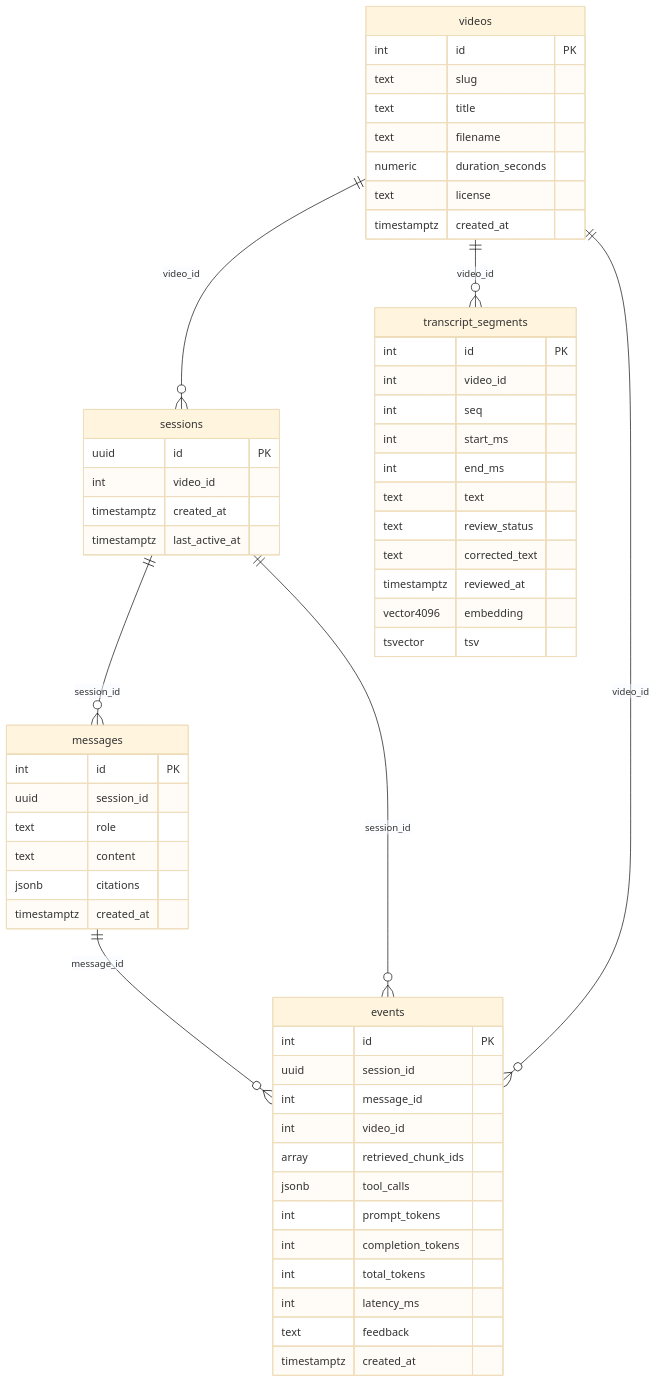
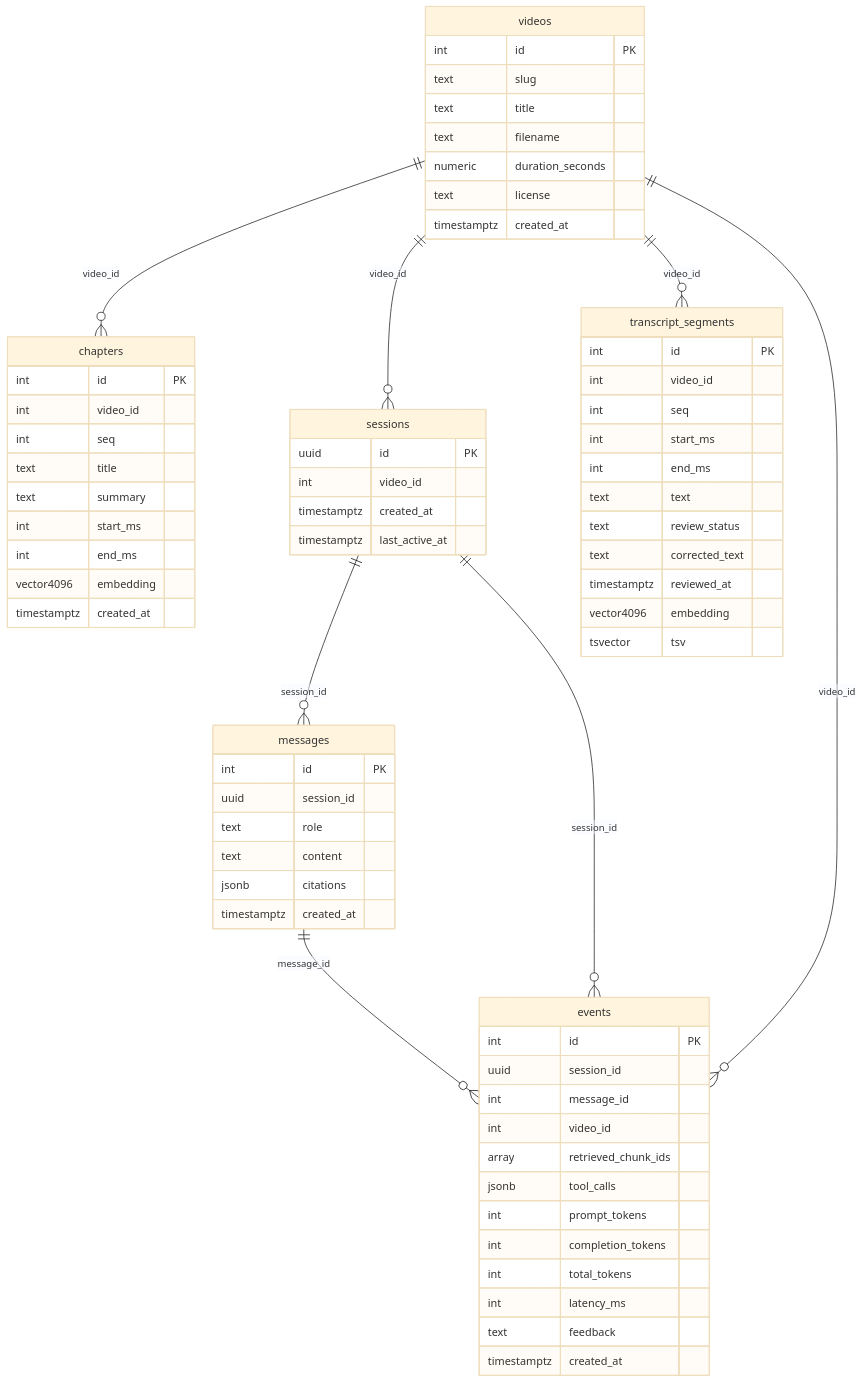
One commit to vxtto/video-qna-public changed the diagram in docs/SCHEMA.md. Above: the diagram before and after it, drawn with Mermaid (base theme). The commit also changed other lines of this file and 10 other files, not shown here.

````diff
--- a/docs/SCHEMA.md
+++ b/docs/SCHEMA.md
@@ -16,59 +16,71 @@
 ```mermaid
 erDiagram
+    videos ||--o{ chapters : "video_id"
     messages ||--o{ events : "message_id"
     sessions ||--o{ events : "session_id"
     videos ||--o{ events : "video_id"
     sessions ||--o{ messages : "session_id"
     videos ||--o{ sessions : "video_id"
     videos ||--o{ transcript_segments : "video_id"
+    chapters {
+        int id "PK"
+        int video_id
+        int seq
+        text title
+        text summary
+        int start_ms
+        int end_ms
+        vector4096 embedding
+        timestamptz created_at
+    }
     events {
         int id "PK"
         uuid session_id
         int message_id
         int video_id
         array retrieved_chunk_ids
         jsonb tool_calls
         int prompt_tokens
         int completion_tokens
         int total_tokens
         int latency_ms
         text feedback
         timestamptz created_at
     }
     messages {
         int id "PK"
         uuid session_id
         text role
         text content
         jsonb citations
         timestamptz created_at
     }
     sessions {
         uuid id "PK"
         int video_id
         timestamptz created_at
         timestamptz last_active_at
     }
     transcript_segments {
         int id "PK"
         int video_id
         int seq
         int start_ms
         int end_ms
         text text
         text review_status
         text corrected_text
         timestamptz reviewed_at
         vector4096 embedding
         tsvector tsv
     }
     videos {
         int id "PK"
         text slug
         text title
         text filename
         numeric duration_seconds
         text license
         timestamptz created_at
     }
 ```
````
